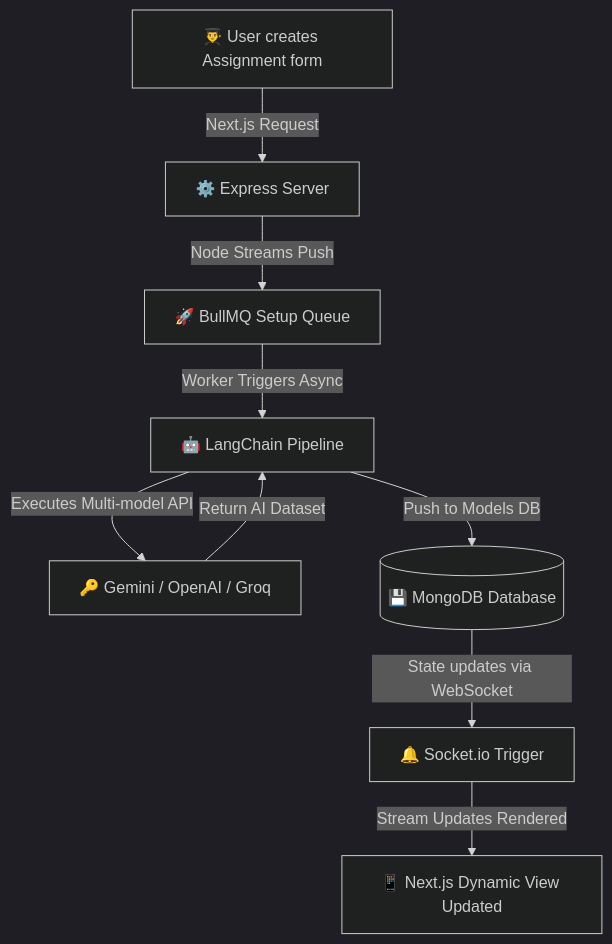
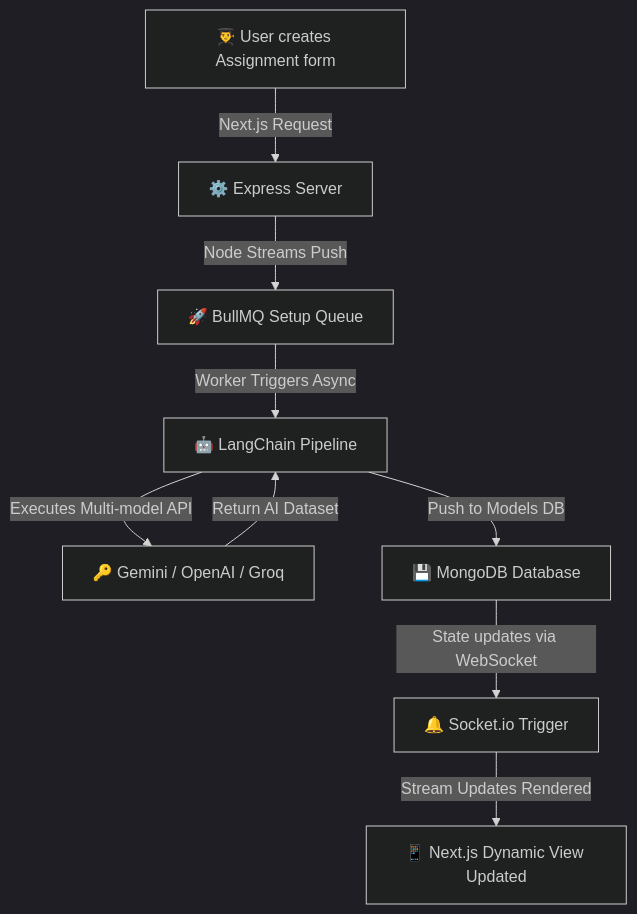
The diagram in README.md (Harsh231075/veda.ai), drawn with Mermaid (dark theme) before and after one commit.

Commit message:
update graph

````diff
--- a/README.md
+++ b/README.md
@@ -61,11 +61,11 @@
 ```mermaid
 graph TD
-    A[👨‍🎓 User creates Assignment form] -->|Next.js Request| B[⚙️ Express Server]
-    B -->|Node Streams Push| C[🚀 BullMQ Setup Queue]
-    C -->|Worker Triggers Async| D[🤖 LangChain Pipeline]
-    D -->|Executes Multi-model API| E[🔑 Gemini / OpenAI / Groq]
+    A["👨‍🎓 User creates Assignment form"] -->|Next.js Request| B["⚙️ Express Server"]
+    B -->|Node Streams Push| C["🚀 BullMQ Setup Queue"]
+    C -->|Worker Triggers Async| D["🤖 LangChain Pipeline"]
+    D -->|Executes Multi-model API| E["🔑 Gemini / OpenAI / Groq"]
     E -->|Return AI Dataset| D
-    D -->|Push to Models DB| F[(💾 MongoDB Database)]
-    F -->|State updates via WebSocket| G[🔔 Socket.io Trigger]
-    G -->|Stream Updates Rendered| H[📱 Next.js Dynamic View Updated]
+    D -->|Push to Models DB| F["💾 MongoDB Database"]
+    F -->|State updates via WebSocket| G["🔔 Socket.io Trigger"]
+    G -->|Stream Updates Rendered| H["📱 Next.js Dynamic View Updated"]
 ```
````
